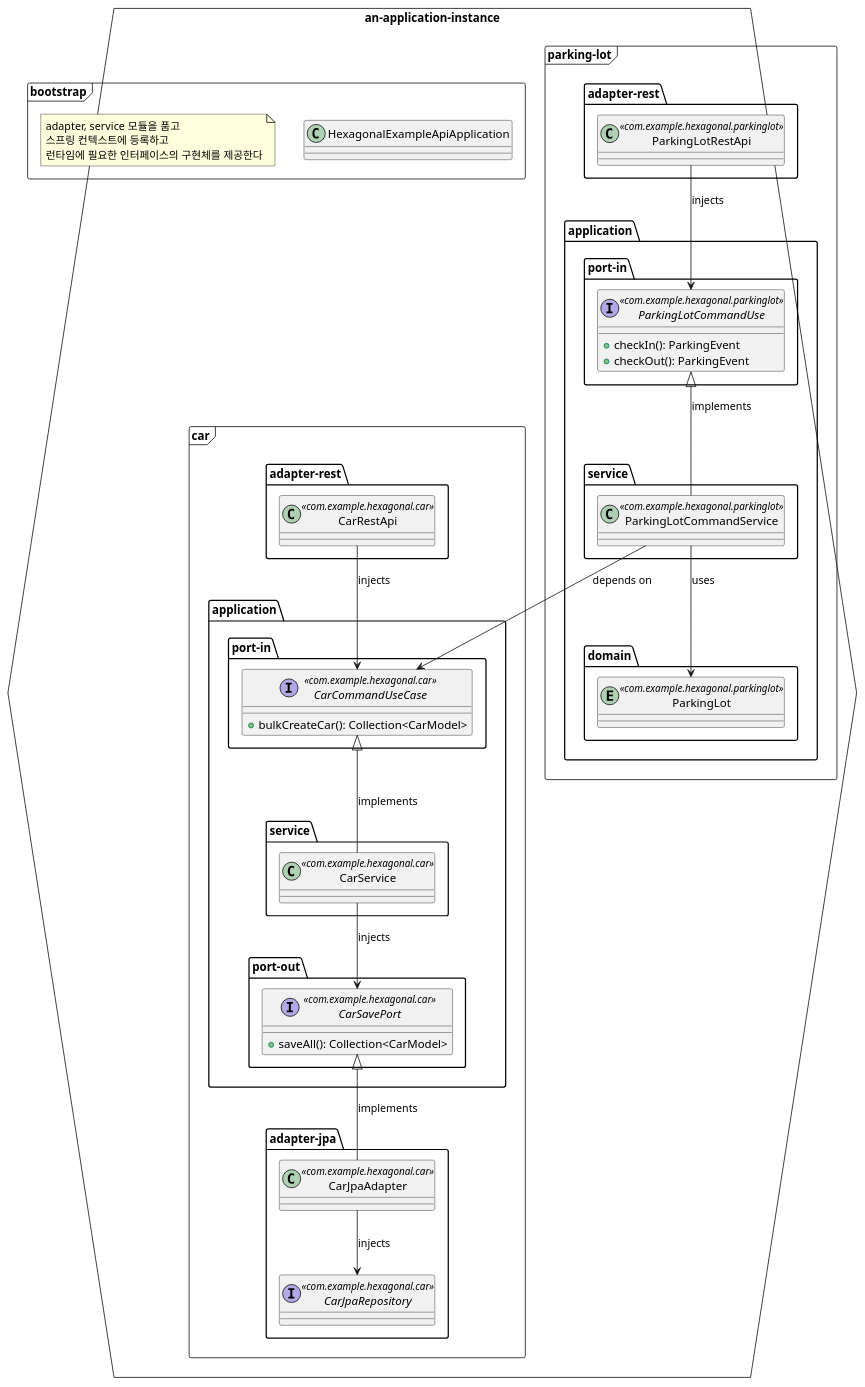
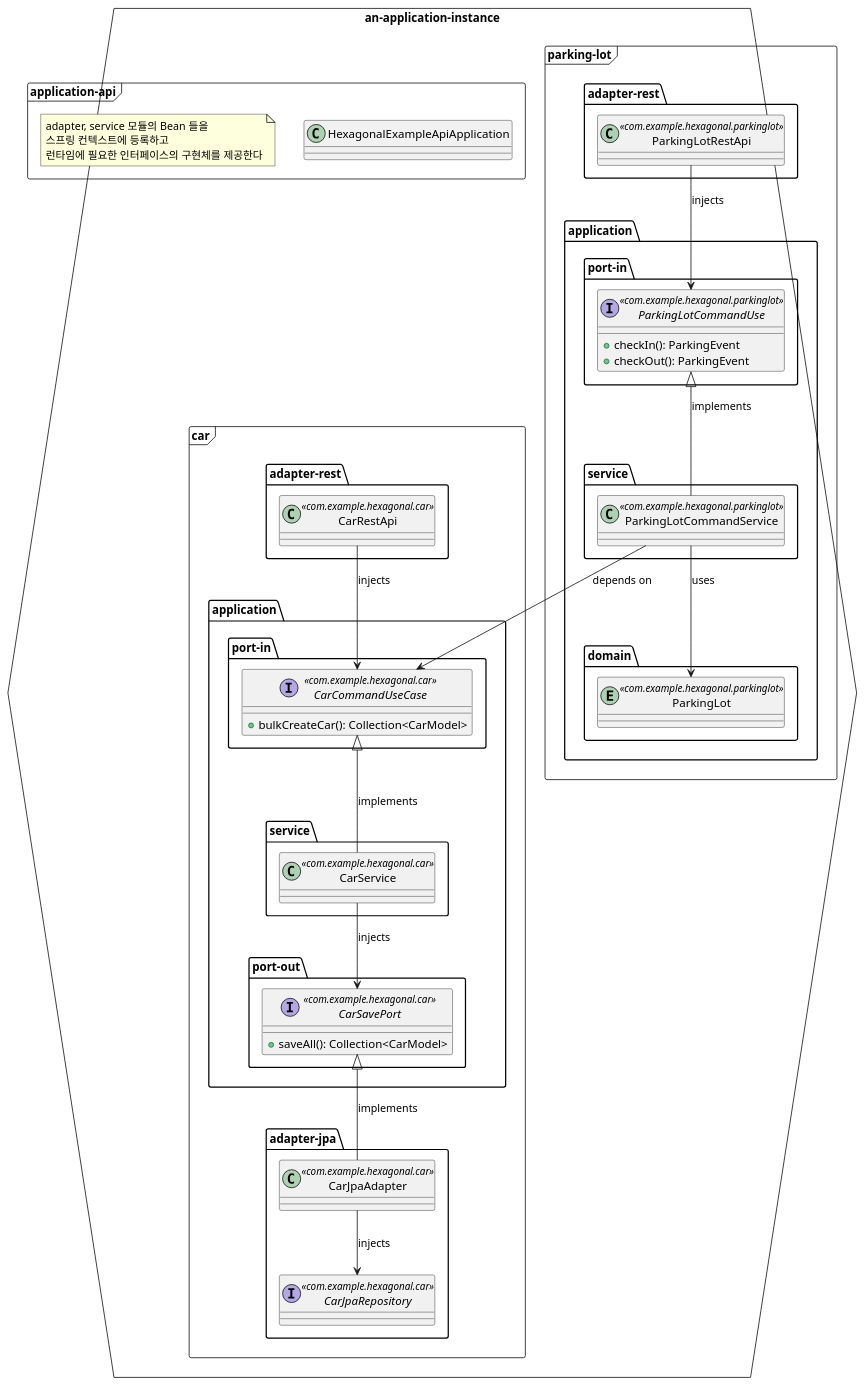
Before and after one commit to appkr/hexagonal-example: the diagram in kotlin/docs/module.puml, drawn with PlantUML. The commit also changed 9 other files, not shown here.

Commit message:
jib extensions 적용, bootstrap -> application-api 이름 변경

```diff
--- a/kotlin/docs/module.puml
+++ b/kotlin/docs/module.puml
@@ -1,81 +1,81 @@
 @startuml
 
 hexagon an-application-instance {
     frame parking-lot {
         package adapter-rest {
             class ParkingLotRestApi <<com.example.hexagonal.parkinglot>>
         }
 
         package application {
             package port-in {
                 interface ParkingLotCommandUse <<com.example.hexagonal.parkinglot>> {
                     + checkIn(): ParkingEvent
                     + checkOut(): ParkingEvent
                 }
             }
 
             package service {
                 class ParkingLotCommandService <<com.example.hexagonal.parkinglot>>
             }
 
             package domain {
                 entity ParkingLot <<com.example.hexagonal.parkinglot>>
             }
 
             ParkingLotRestApi --> ParkingLotCommandUse: injects
             ParkingLotCommandService -up-|> ParkingLotCommandUse: implements
             ParkingLotCommandService --> ParkingLot: uses
         }
     }
 
     frame car {
         package adapter-rest {
             class CarRestApi <<com.example.hexagonal.car>>
         }
 
         package application {
             package port-in {
                 interface CarCommandUseCase <<com.example.hexagonal.car>> {
                     + bulkCreateCar(): Collection<CarModel>
                 }
             }
 
             package service {
                 class CarService <<com.example.hexagonal.car>>
             }
 
             package port-out {
                 interface CarSavePort <<com.example.hexagonal.car>> {
                     + saveAll(): Collection<CarModel>
                 }
             }
         }
 
         package adapter-jpa {
             class CarJpaAdapter <<com.example.hexagonal.car>>
             interface CarJpaRepository <<com.example.hexagonal.car>>
 
             CarJpaAdapter --> CarJpaRepository: injects
         }
 
         CarRestApi --> CarCommandUseCase: injects
         CarService -up-|> CarCommandUseCase: implements
         CarService --> CarSavePort: injects
         CarJpaAdapter -up-|> CarSavePort: implements
     }
 
-    frame bootstrap {
+    frame application-api {
         class HexagonalExampleApiApplication
 
-        note "adapter, service 모듈을 품고 \n스프링 컨텍스트에 등록하고 \n런타임에 필요한 인터페이스의 구현체를 제공한다" as N1
+        note "adapter, service 모듈의 Bean 들을 \n스프링 컨텍스트에 등록하고 \n런타임에 필요한 인터페이스의 구현체를 제공한다" as N1
     }
 
     ParkingLotCommandService --> CarCommandUseCase: depends on
 '    HexagonalExampleApiApplication -up-> ParkingLotRestApi
 '    HexagonalExampleApiApplication -up-> ParkingLotCommandService
 '    HexagonalExampleApiApplication -up-> CarRestApi
 '    HexagonalExampleApiApplication -up-> CarService
 '    HexagonalExampleApiApplication -up-> CarJpaAdapter
 }
 
 @enduml
```
